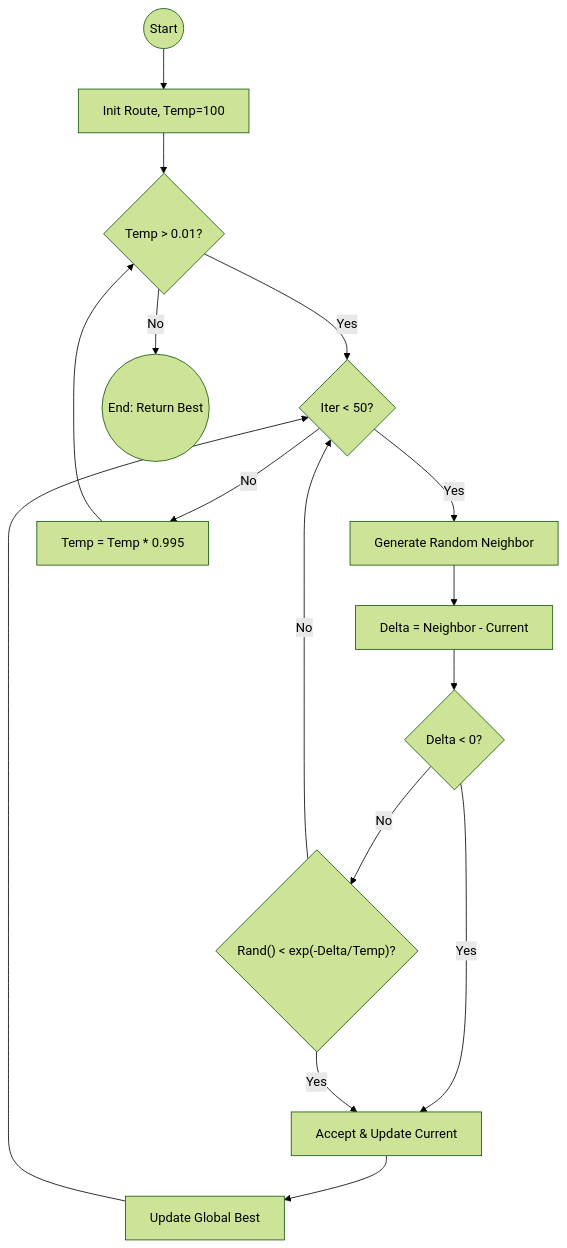
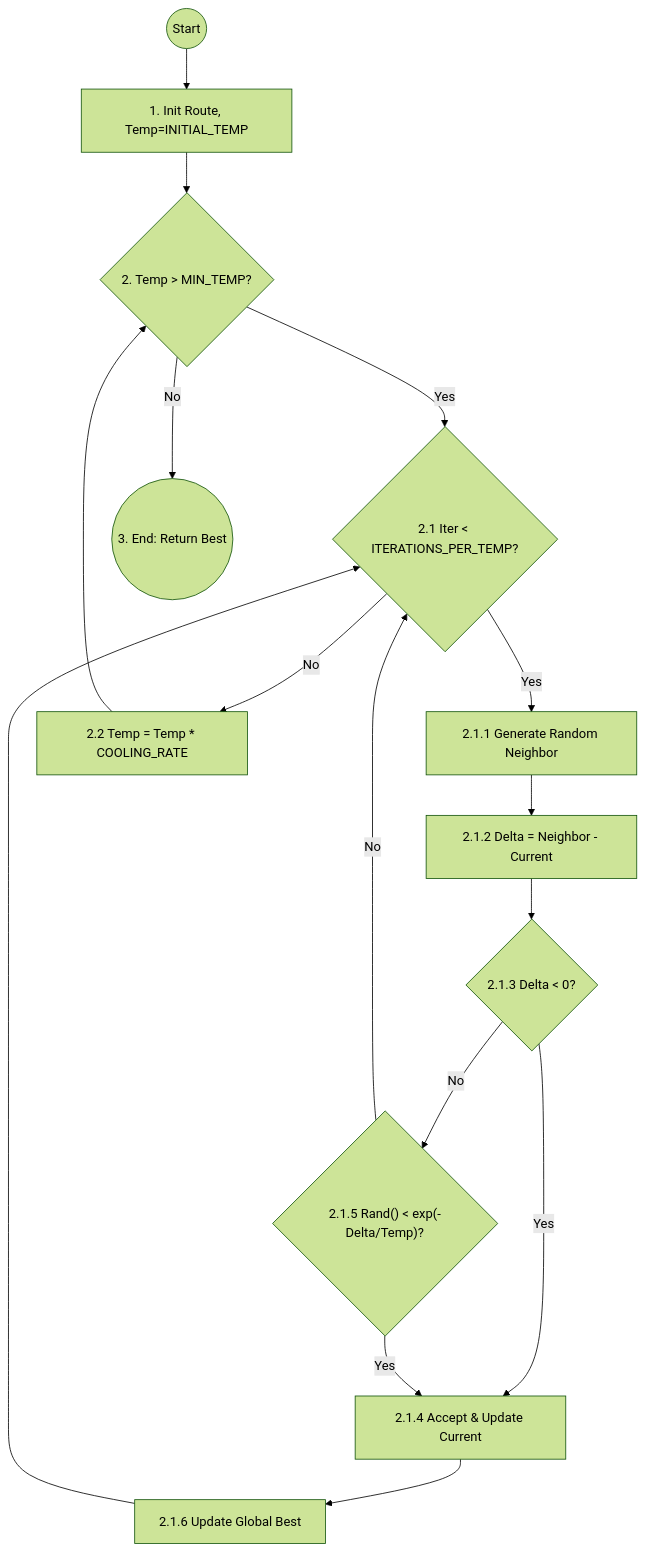
The second of 8 diagrams in doc/algorithm-workflows.md (babankbro/NakornSri-Travel), drawn with Mermaid (forest theme) before and after one commit. The commit also changed other lines of this file and 17 other files, not shown here.

````diff
--- a/doc/algorithm-workflows.md
+++ b/doc/algorithm-workflows.md
@@ -206,25 +104,25 @@
 ```mermaid
 graph TD
-    Start(("Start")) --> Init["Init Route, Temp=100"]
-    Init --> LoopTemp{"Temp > 0.01?"}
+    Start(("Start")) --> Init["1. Init Route, Temp=INITIAL_TEMP"]
+    Init --> LoopTemp{"2. Temp > MIN_TEMP?"}
     
-    LoopTemp -- Yes --> LoopIter{"Iter < 50?"}
+    LoopTemp -- Yes --> LoopIter{"2.1 Iter < ITERATIONS_PER_TEMP?"}
     
-    LoopIter -- Yes --> GenNeighbor["Generate Random Neighbor"]
-    GenNeighbor --> CalcDelta["Delta = Neighbor - Current"]
-    CalcDelta --> CheckBetter{"Delta < 0?"}
+    LoopIter -- Yes --> GenNeighbor["2.1.1 Generate Random Neighbor"]
+    GenNeighbor --> CalcDelta["2.1.2 Delta = Neighbor - Current"]
+    CalcDelta --> CheckBetter{"2.1.3 Delta < 0?"}
     
-    CheckBetter -- Yes --> Accept["Accept & Update Current"]
-    CheckBetter -- No --> ProbAccept{"Rand() < exp(-Delta/Temp)?"}
+    CheckBetter -- Yes --> Accept["2.1.4 Accept & Update Current"]
+    CheckBetter -- No --> ProbAccept{"2.1.5 Rand() < exp(-Delta/Temp)?"}
     
     ProbAccept -- Yes --> Accept
     ProbAccept -- No --> LoopIter
     
-    Accept --> UpdateBest["Update Global Best"]
+    Accept --> UpdateBest["2.1.6 Update Global Best"]
     UpdateBest --> LoopIter
     
-    LoopIter -- No --> Cool["Temp = Temp * 0.995"]
+    LoopIter -- No --> Cool["2.2 Temp = Temp * COOLING_RATE"]
     Cool --> LoopTemp
     
-    LoopTemp -- No --> End(("End: Return Best"))
+    LoopTemp -- No --> End(("3. End: Return Best"))
 ```
````
